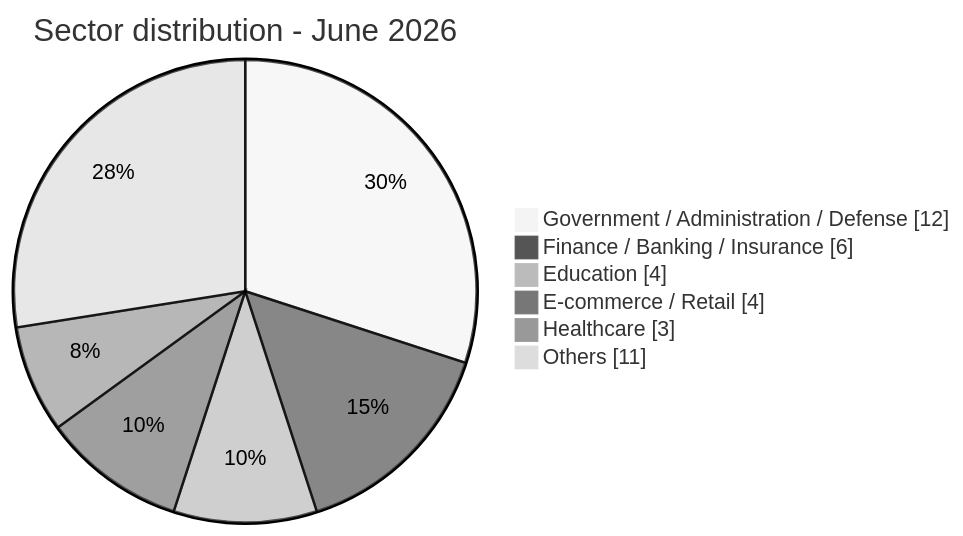
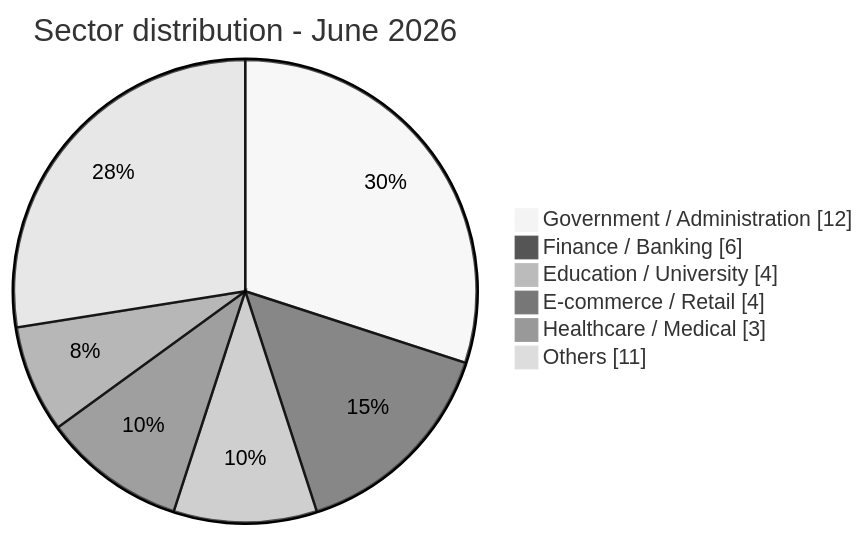
Before and after one commit to Hatchepsoute/AFRINTEL: the third of 4 diagrams in CyberAttackAfrica/2026/06-june/README.md, drawn with Mermaid (neutral theme). The commit also changed other lines of this file and 6 other files, not shown here.

````diff
--- a/CyberAttackAfrica/2026/06-june/README.md
+++ b/CyberAttackAfrica/2026/06-june/README.md
@@ -208,10 +208,10 @@
 ```mermaid
 pie showData
  title Sector distribution - June 2026
- "Government / Administration / Defense" : 12
- "Finance / Banking / Insurance" : 6
- "Education" : 4
+ "Government / Administration" : 12
+ "Finance / Banking" : 6
+ "Education / University" : 4
  "E-commerce / Retail" : 4
- "Healthcare" : 3
+ "Healthcare / Medical" : 3
  "Others" : 11
 ```
````
